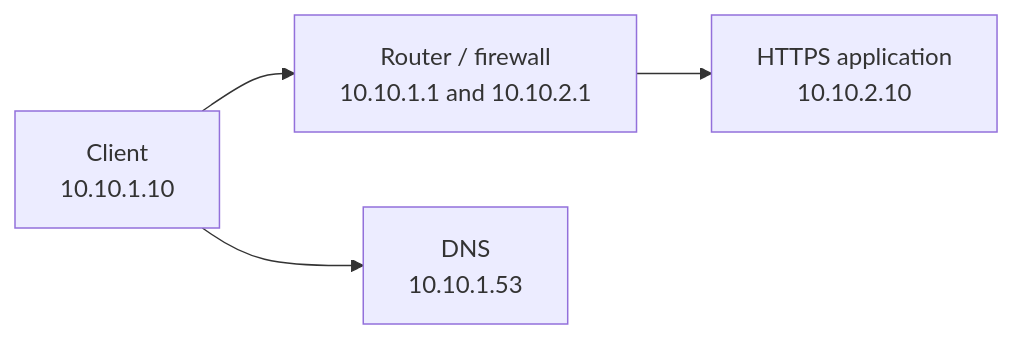
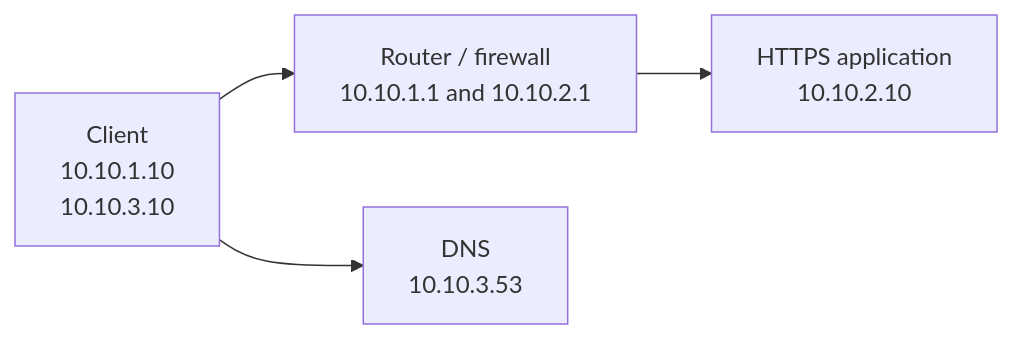
One commit to ryanreece/learn-enterprise-networking-for-systems-engineers changed the diagram in labs/01-locate-the-failing-stage/README.md. Above: the diagram before and after it, drawn with Mermaid. The commit also changed other lines of this file and 25 other files, not shown here.

````diff
--- a/labs/01-locate-the-failing-stage/README.md
+++ b/labs/01-locate-the-failing-stage/README.md
@@ -59,6 +59,6 @@
 ```mermaid
 flowchart LR
-    client["Client<br/>10.10.1.10"] --> router["Router / firewall<br/>10.10.1.1 and 10.10.2.1"]
+    client["Client<br/>10.10.1.10<br/>10.10.3.10"] --> router["Router / firewall<br/>10.10.1.1 and 10.10.2.1"]
     router --> web["HTTPS application<br/>10.10.2.10"]
-    client --> dns["DNS<br/>10.10.1.53"]
+    client --> dns["DNS<br/>10.10.3.53"]
 ```
````
